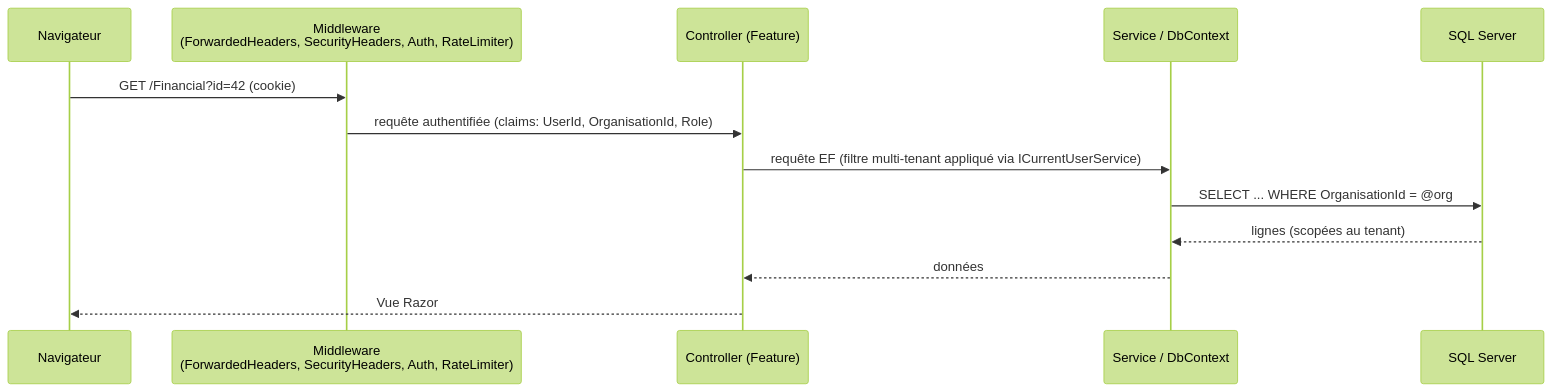
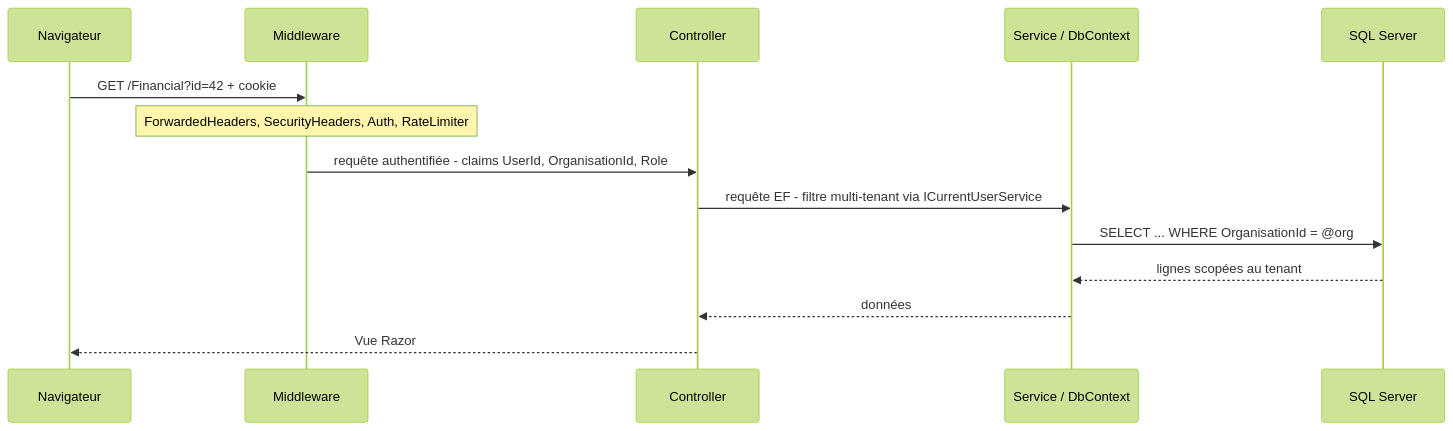
One commit to ogautier1980/cedeva-v2 changed the fourth of 4 diagrams in docs/architecture.md. Above: the diagram before and after it, drawn with Mermaid (forest theme). The commit also changed other lines of this file, not shown here.

Commit message:
docs: fix Mermaid parse errors (parentheses in edge labels & participant aliases)

````diff
--- a/docs/architecture.md
+++ b/docs/architecture.md
@@ -77,16 +77,17 @@
 ```mermaid
 sequenceDiagram
     participant B as Navigateur
-    participant MW as Middleware<br/>(ForwardedHeaders, SecurityHeaders, Auth, RateLimiter)
-    participant C as Controller (Feature)
+    participant MW as Middleware
+    participant C as Controller
     participant S as Service / DbContext
     participant DB as SQL Server
 
-    B->>MW: GET /Financial?id=42 (cookie)
-    MW->>C: requête authentifiée (claims: UserId, OrganisationId, Role)
-    C->>S: requête EF (filtre multi-tenant appliqué via ICurrentUserService)
+    B->>MW: GET /Financial?id=42 + cookie
+    Note over MW: ForwardedHeaders, SecurityHeaders, Auth, RateLimiter
+    MW->>C: requête authentifiée - claims UserId, OrganisationId, Role
+    C->>S: requête EF - filtre multi-tenant via ICurrentUserService
     S->>DB: SELECT ... WHERE OrganisationId = @org
-    DB-->>S: lignes (scopées au tenant)
+    DB-->>S: lignes scopées au tenant
     S-->>C: données
     C-->>B: Vue Razor
 ```
````
